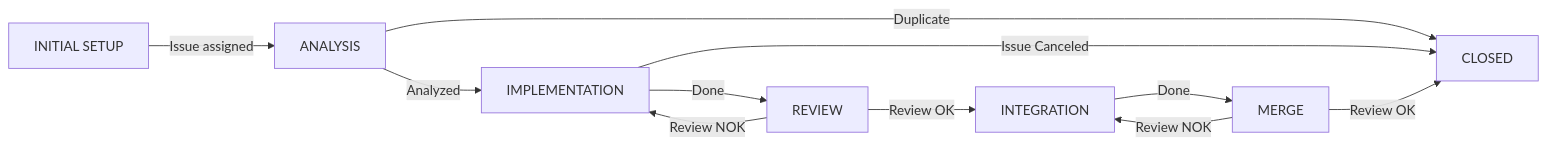
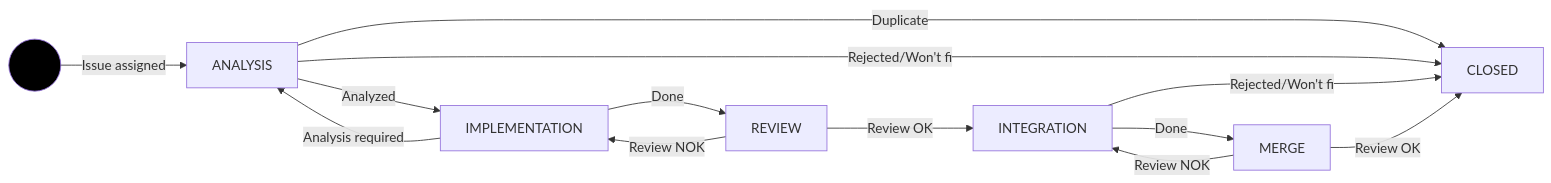
One commit to asam-ev/asam-project-guide-content changed the diagram in content/modules/tour_guide/pages/contribution.adoc. Above: the diagram before and after it, drawn with Mermaid. The commit also changed other lines of this file, not shown here.

```diff
--- a/content/modules/tour_guide/pages/contribution.adoc
+++ b/content/modules/tour_guide/pages/contribution.adoc
@@ -15,15 +20,18 @@
 [mermaid]
 ....
 graph LR
-id1[INITIAL SETUP]
+START(( START ))
 --Issue assigned--> ANALYSIS
---Duplicate-->CLOSED
+ANALYSIS --Duplicate-->CLOSED
+ANALYSIS --Rejected/Won't fix-->CLOSED
 ANALYSIS --Analyzed--> IMPLEMENTATION
---Done--> REVIEW
-IMPLEMENTATION --Issue Canceled--> CLOSED
+IMPLEMENTATION --Done--> REVIEW
+IMPLEMENTATION --Analysis required--> ANALYSIS
 REVIEW --Review NOK--> IMPLEMENTATION
 REVIEW --Review OK--> INTEGRATION
---Done--> MERGE
+INTEGRATION --Done--> MERGE
+INTEGRATION --Rejected/Won't fix-->CLOSED
 MERGE --Review NOK--> INTEGRATION
 MERGE --Review OK--> CLOSED;
+style START color:#000000, fill:#000000
 ....
```
